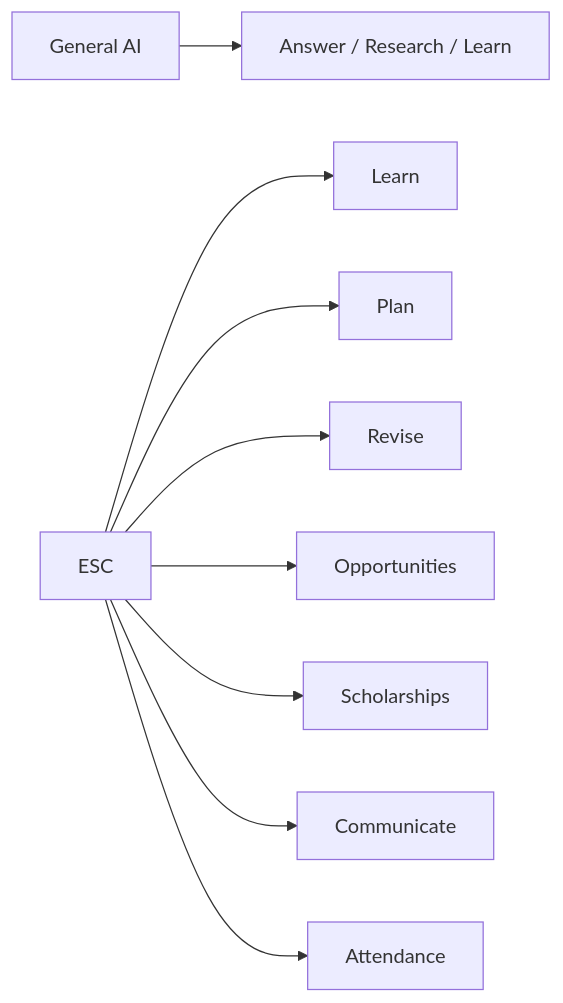
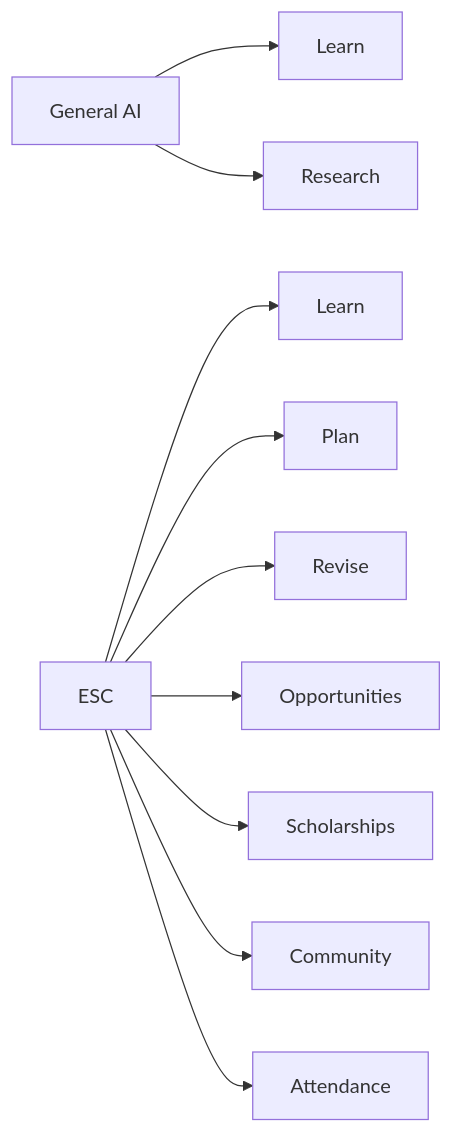
One commit to mahik2007/hackathon changed the seventh of 12 diagrams in README.md. Above: the diagram before and after it, drawn with Mermaid. The commit also changed other lines of this file, not shown here.

````diff
--- a/README.md
+++ b/README.md
@@ -122,11 +120,12 @@
-``` mermaid
+```mermaid
 flowchart LR
-    A[General AI] --> B[Answer / Research / Learn]
-    C[ESC] --> D[Learn]
-    C --> E[Plan]
-    C --> F[Revise]
-    C --> G[Opportunities]
-    C --> H[Scholarships]
-    C --> I[Communicate]
-    C --> J[Attendance]
+    AI[General AI] --> L[Learn]
+    AI --> R[Research]
+    ESC[ESC] --> L2[Learn]
+    ESC --> P[Plan]
+    ESC --> V[Revise]
+    ESC --> O[Opportunities]
+    ESC --> S[Scholarships]
+    ESC --> C[Community]
+    ESC --> A[Attendance]
 ```
````
